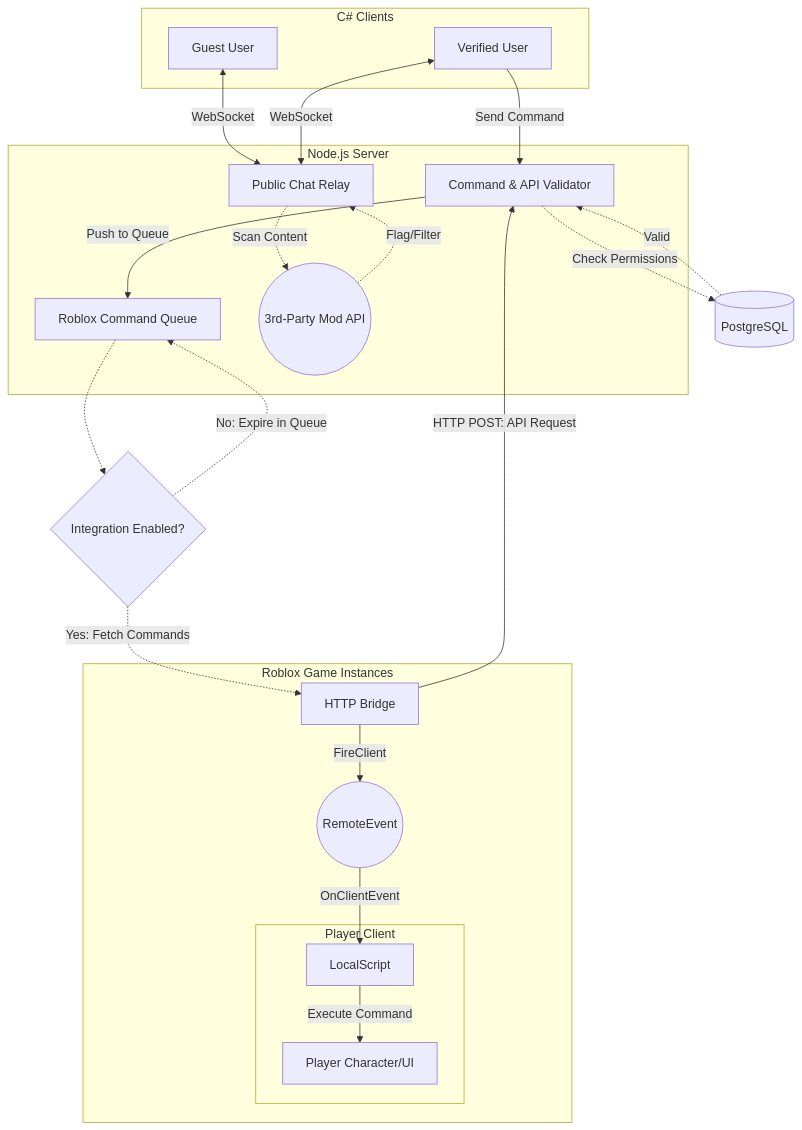
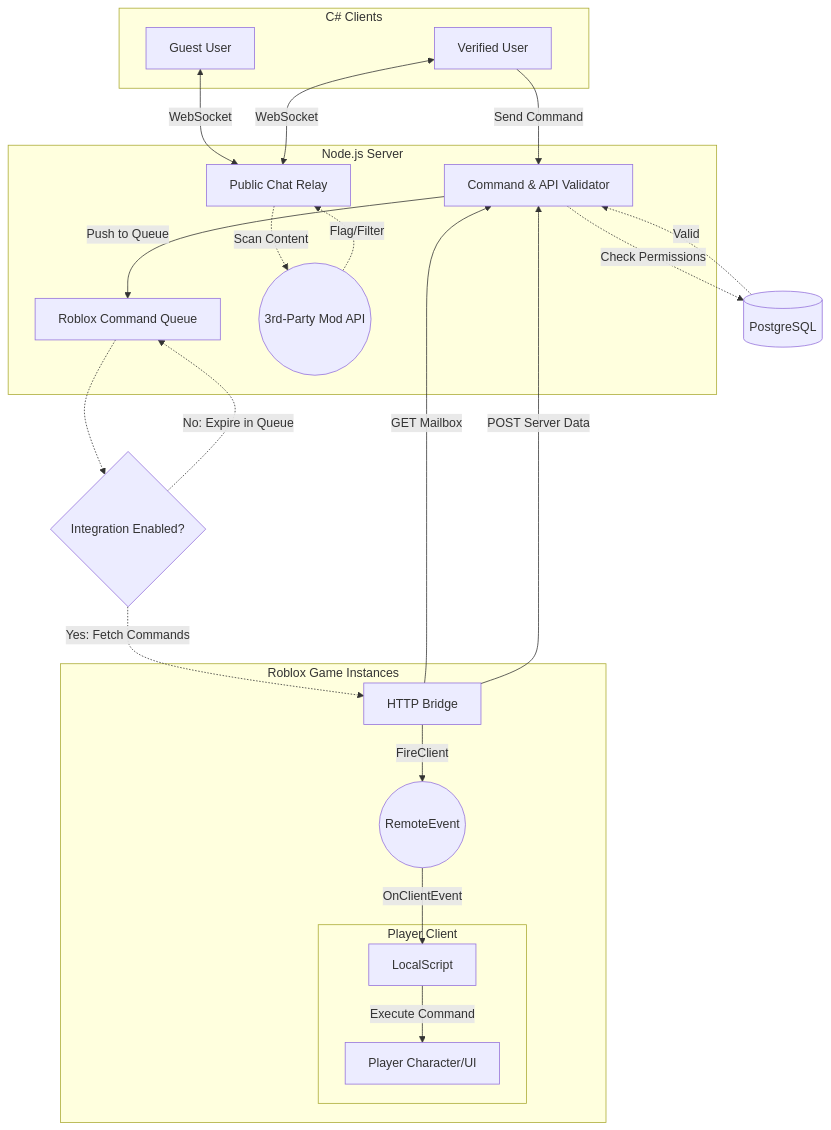
The diagram in CONTRIBUTING.md (AlinaWan/RobloxChatLauncher), drawn with Mermaid before and after one commit.

Commit message:
docs(contributing): Update API request flow in CONTRIBUTING.md

````diff
--- a/CONTRIBUTING.md
+++ b/CONTRIBUTING.md
@@ -96,56 +96,57 @@
 ```mermaid
 graph TD
     %% User Layer
     subgraph Clients [C# Clients]
         U1[Guest User]
         U2[Verified User]
     end
 
     %% Node.js Middleware
     subgraph Server [Node.js Server]
         Chat[Public Chat Relay]
         Auth[Command & API Validator]
         Queue[Roblox Command Queue]
         ModAPI((3rd-Party Mod API))
     end
 
     %% Database
     DB[(PostgreSQL)]
 
     %% Flow 1: Public Chat + Moderation
     U1 <-->|WebSocket| Chat
     U2 <-->|WebSocket| Chat
     Chat -.->|Scan Content| ModAPI
     ModAPI -.->|Flag/Filter| Chat
 
     %% Flow 2: Verified Commands (Inbound)
     U2 -->|Send Command| Auth
     Auth -.->|Check Permissions| DB
     DB -.->|Valid| Auth
     Auth -->|Push to Queue| Queue
 
     %% Flow 3: Roblox Integration
     Queue -.-> Gate{Integration Enabled?}
 
     subgraph Roblox_Instance [Roblox Game Instances]
         RS[HTTP Bridge]
         RE((RemoteEvent))
         
         subgraph Roblox_Client [Player Client]
             LS[LocalScript]
             P[Player Character/UI]
         end
     end
 
     %% Bidirectional Flow
     Gate -.->|Yes: Fetch Commands| RS
-    RS --"HTTP POST: API Request"--> Auth
+    RS -- GET Mailbox --> Auth
+    RS --"POST Server Data"--> Auth
 
     %% Logic for the Queue
     Gate -.->|No: Expire in Queue| Queue
 
     %% Internal Roblox Routing
     RS -->|FireClient| RE
     RE -->|OnClientEvent| LS
     LS -->|Execute Command| P
 ```
````
